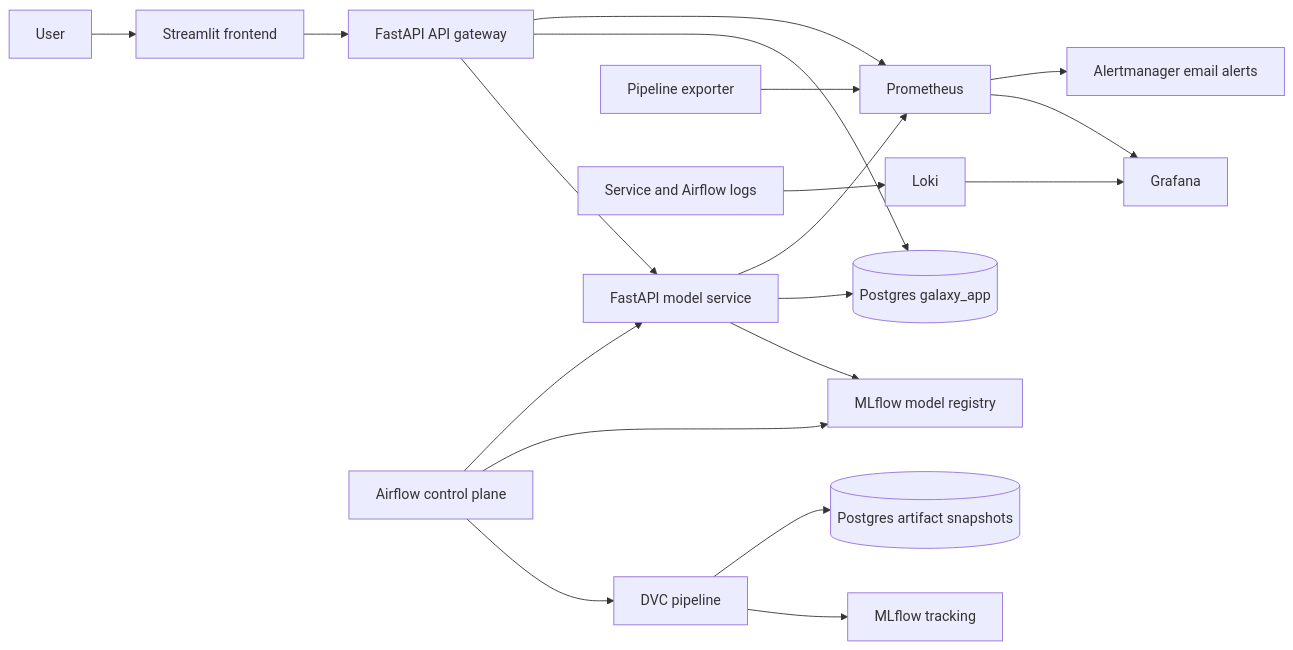
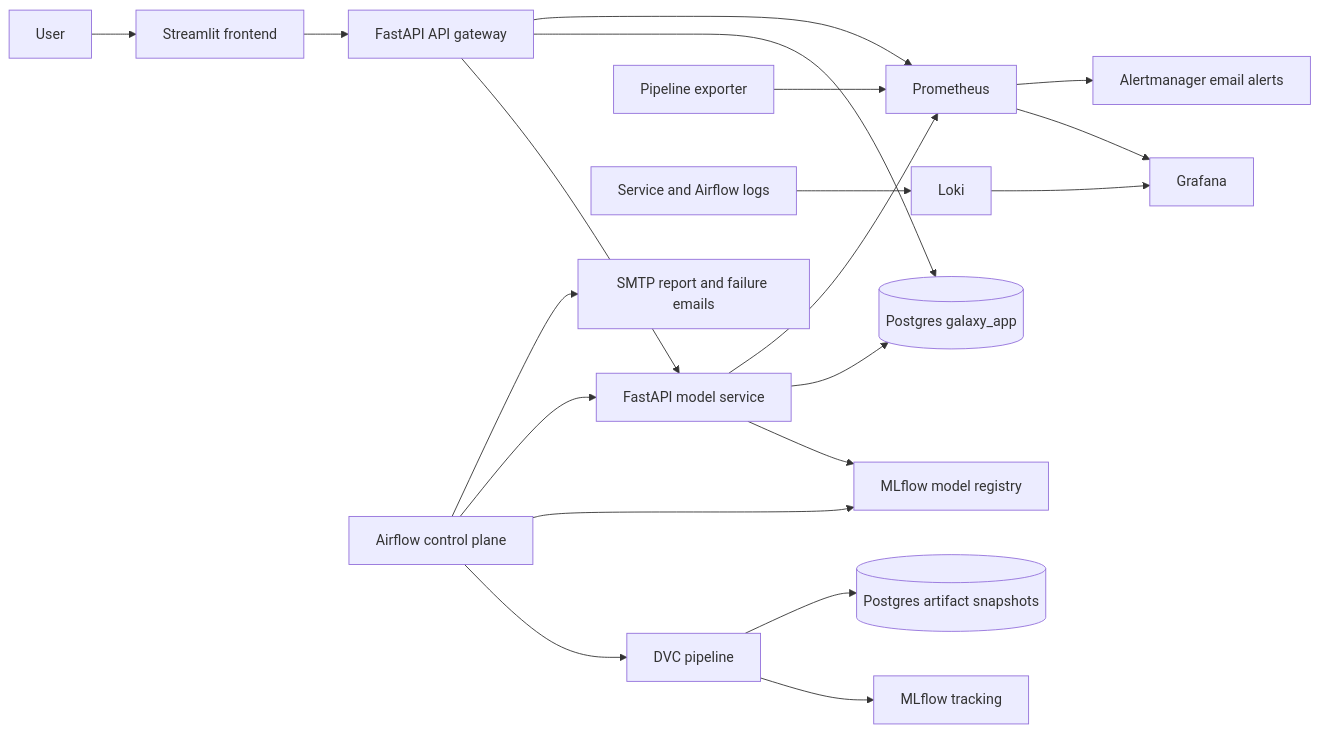
One commit to swadeshbalajee/galaxy_morphology_fp changed the first of 4 diagrams in README.md. Above: the diagram before and after it, drawn with Mermaid. The commit also changed other lines of this file and 12 other files, not shown here.

````diff
--- a/README.md
+++ b/README.md
@@ -11,21 +11,22 @@
 ```mermaid
 flowchart LR
   User[User] --> Frontend[Streamlit frontend]
   Frontend --> API[FastAPI API gateway]
   API --> Model[FastAPI model service]
   Model --> Registry[MLflow model registry]
   API --> PG[(Postgres galaxy_app)]
   Model --> PG
   Airflow[Airflow control plane] --> DVC[DVC pipeline]
   DVC --> MLflow[MLflow tracking]
   DVC --> Artifacts[(Postgres artifact snapshots)]
   Airflow --> Registry
   Airflow --> Model
   API --> Prom[Prometheus]
   Model --> Prom
   Exporter[Pipeline exporter] --> Prom
   Prom --> Grafana[Grafana]
   Logs[Service and Airflow logs] --> Loki[Loki]
   Loki --> Grafana
   Prom --> Alertmanager[Alertmanager email alerts]
+  Airflow --> SMTP[SMTP report and failure emails]
 ```
````
